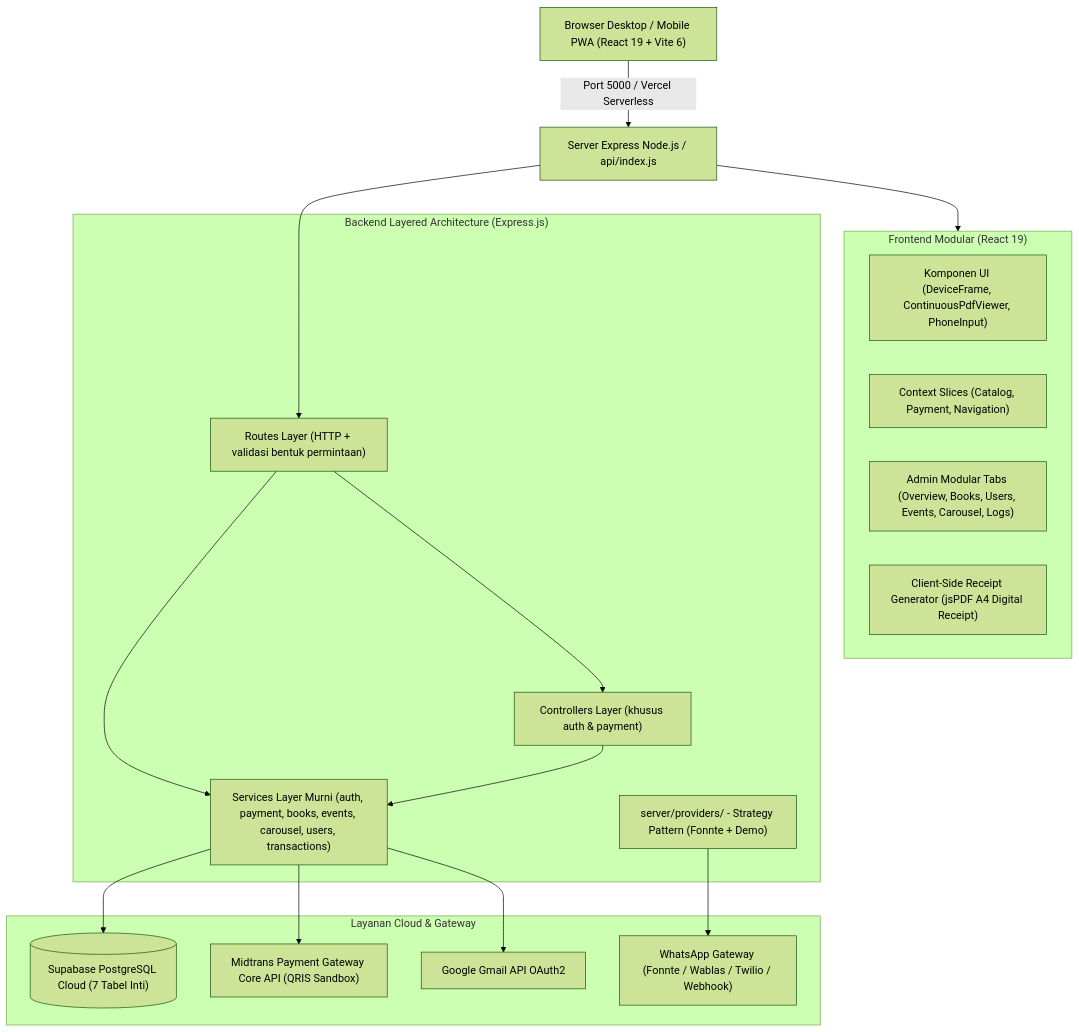
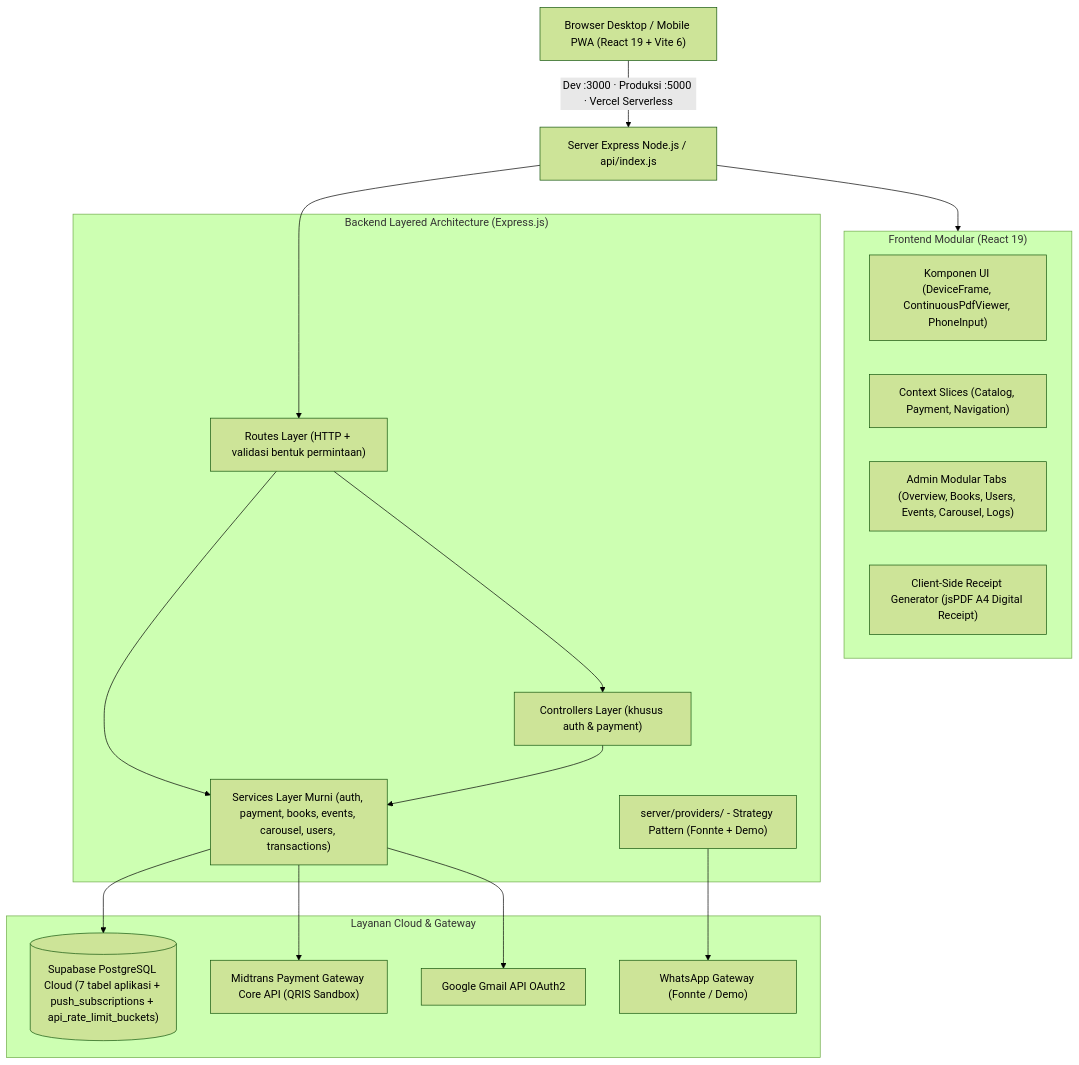
The diagram in Master_Memory_Workflow.md (daffa-789/Wahidiyah-Book-Midtrans), drawn with Mermaid (forest theme) before and after one commit. The commit also changed other lines of this file and 7 other files, not shown here.

````diff
--- a/Master_Memory_Workflow.md
+++ b/Master_Memory_Workflow.md
@@ -123,35 +125,35 @@
 ```mermaid
 graph TD
-    Client["Browser Desktop / Mobile PWA (React 19 + Vite 6)"] -->|Port 5000 / Vercel Serverless| Express["Server Express Node.js / api/index.js"]
+    Client["Browser Desktop / Mobile PWA (React 19 + Vite 6)"] -->|Dev :3000 · Produksi :5000 · Vercel Serverless| Express["Server Express Node.js / api/index.js"]
     
     subgraph Frontend ["Frontend Modular (React 19)"]
         UI["Komponen UI (DeviceFrame, ContinuousPdfViewer, PhoneInput)"]
         State["Context Slices (Catalog, Payment, Navigation)"]
         AdminTabs["Admin Modular Tabs (Overview, Books, Users, Events, Carousel, Logs)"]
         Receipt["Client-Side Receipt Generator (jsPDF A4 Digital Receipt)"]
     end
 
     subgraph Backend ["Backend Layered Architecture (Express.js)"]
         Routes["Routes Layer (HTTP + validasi bentuk permintaan)"]
         Controllers["Controllers Layer (khusus auth & payment)"]
         Services["Services Layer Murni (auth, payment, books, events, carousel, users, transactions)"]
         WAProviders["server/providers/ - Strategy Pattern (Fonnte + Demo)"]
     end
 
     subgraph External ["Layanan Cloud & Gateway"]
-        Supa[("Supabase PostgreSQL Cloud (7 Tabel Inti)")]
+        Supa[("Supabase PostgreSQL Cloud (7 tabel aplikasi + push_subscriptions + api_rate_limit_buckets)")]
         Midtrans["Midtrans Payment Gateway Core API (QRIS Sandbox)"]
         Gmail["Google Gmail API OAuth2"]
-        WAGateway["WhatsApp Gateway (Fonnte / Wablas / Twilio / Webhook)"]
+        WAGateway["WhatsApp Gateway (Fonnte / Demo)"]
     end
 
     Express --> Frontend
     Express --> Routes
     Routes --> Controllers
     Routes --> Services
     Controllers --> Services
     Services --> Supa
     Services --> Midtrans
     Services --> Gmail
     WAProviders --> WAGateway
 ```
````
